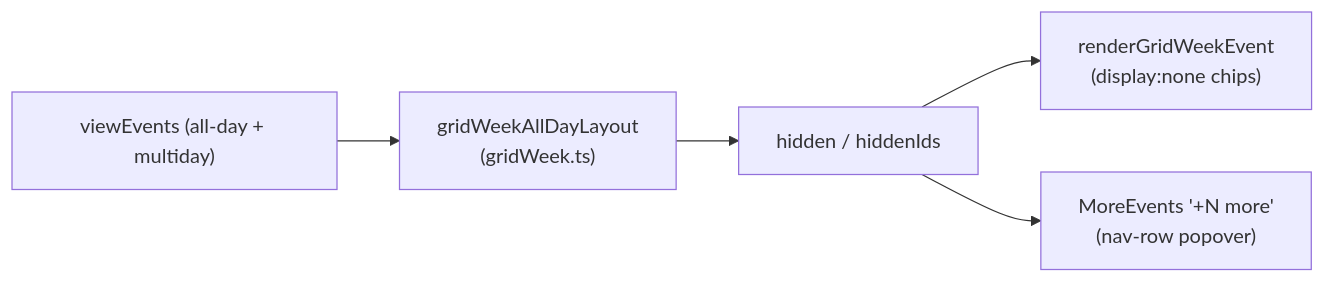
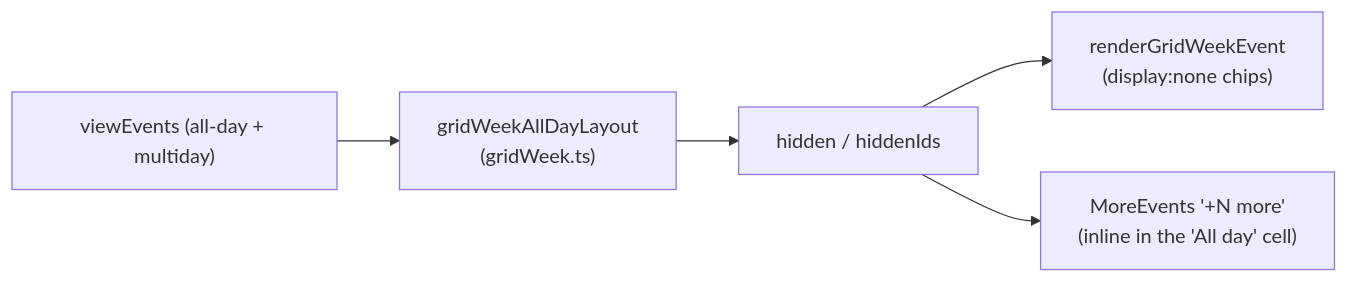
The fifth of 7 diagrams in docs/dashboard-views.md (oncloudnintynineone-source/cloudy2), drawn with Mermaid before and after one commit. The commit also changed other lines of this file and 3 other files, not shown here.

Commit message:
Week (Grid): move all-day +N more inline into the All day cell

````diff
--- a/docs/dashboard-views.md
+++ b/docs/dashboard-views.md
@@ -575,7 +585,7 @@
 ```mermaid
 flowchart LR
  E["viewEvents (all-day + multiday)"] --> L["gridWeekAllDayLayout<br/>(gridWeek.ts)"]
  L --> H["hidden / hiddenIds"]
  H --> S["renderGridWeekEvent<br/>(display:none chips)"]
- H --> P["MoreEvents '+N more'<br/>(nav-row popover)"]
+ H --> P["MoreEvents '+N more'<br/>(inline in the 'All day' cell)"]
 ```
````
